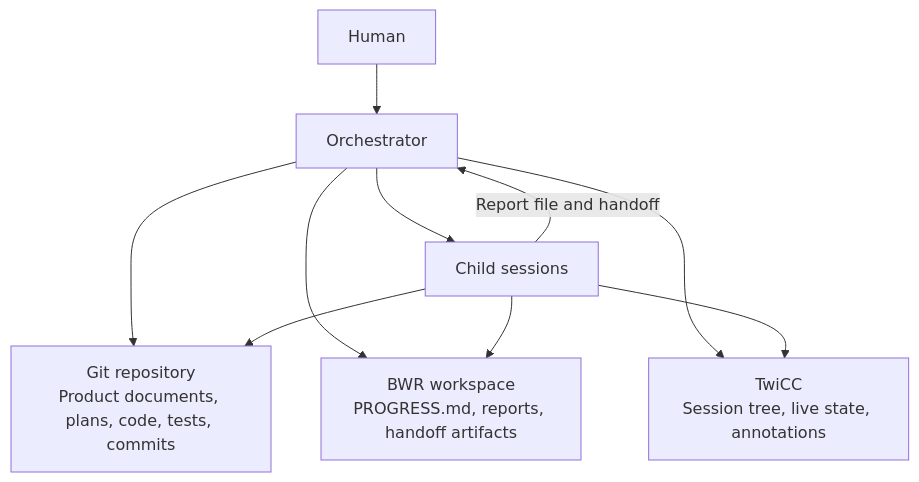
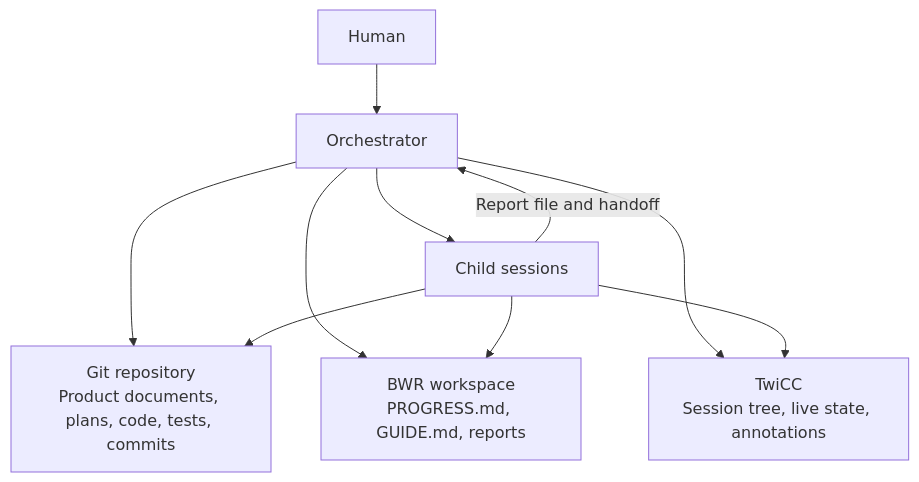
The diagram in OPERATING-PHILOSOPHY.md (twidi/build-with-review-skill), drawn with Mermaid before and after one commit. The commit also changed other lines of this file and 2 other files, not shown here.

Commit message:
docs: define BWR detailed design

````diff
--- a/OPERATING-PHILOSOPHY.md
+++ b/OPERATING-PHILOSOPHY.md
@@ -36,21 +36,21 @@
 ```mermaid
 flowchart TB
     G[Git repository<br/>Product documents, plans, code, tests, commits]
-    W[BWR workspace<br/>PROGRESS.md, reports, handoff artifacts]
+    W[BWR workspace<br/>PROGRESS.md, GUIDE.md, reports]
     T[TwiCC<br/>Session tree, live state, annotations]
 
     H[Human]
     O[Orchestrator]
     C[Child sessions]
 
     H --> O
     O --> C
     C -->|Report file and handoff| O
 
     O --> G
     C --> G
     O --> W
     C --> W
     O --> T
     C --> T
 ```
````
